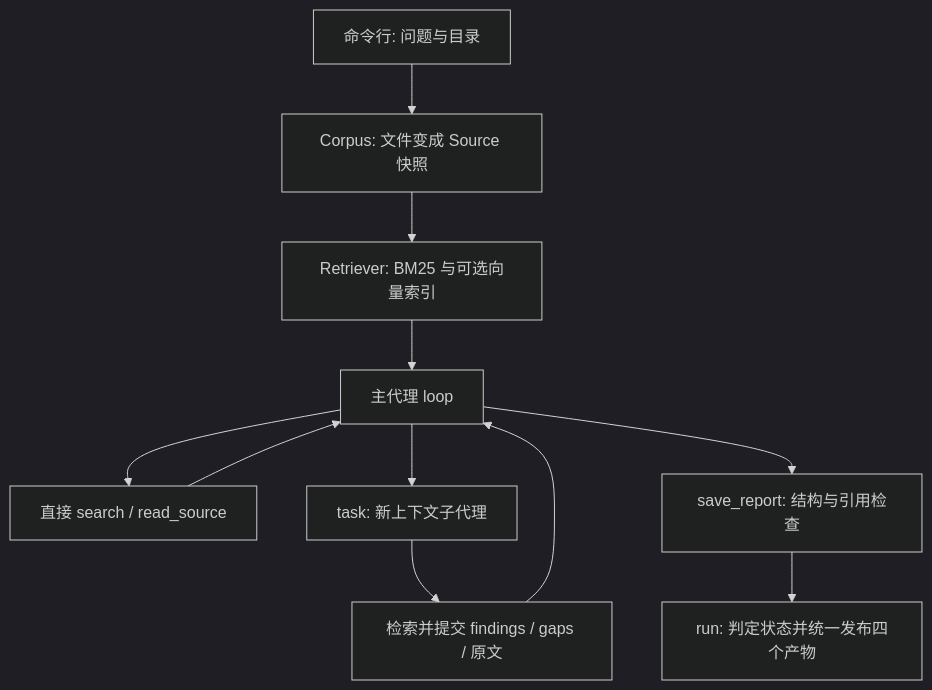
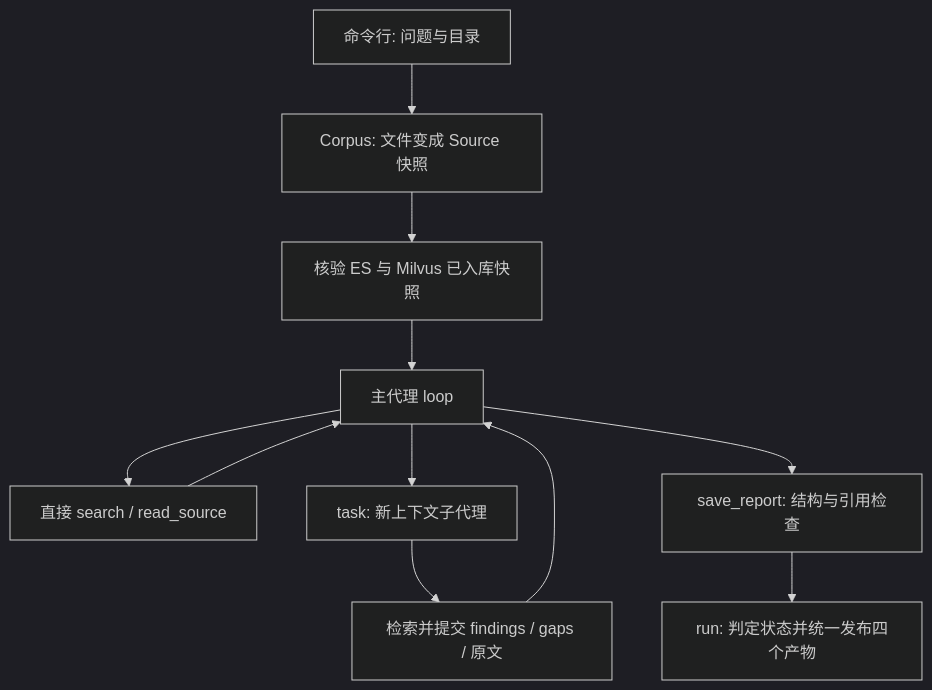
One commit to Drb-code-ing/docresearch-agent changed the diagram in docs/PROJECT_UNDERSTANDING.md. Above: the diagram before and after it, drawn with Mermaid (dark theme). The commit also changed other lines of this file and 4 other files, not shown here.

````diff
--- a/docs/PROJECT_UNDERSTANDING.md
+++ b/docs/PROJECT_UNDERSTANDING.md
@@ -391,13 +463,13 @@
 ```mermaid
 flowchart TD
     A[命令行: 问题与目录] --> B[Corpus: 文件变成 Source 快照]
-    B --> C[Retriever: BM25 与可选向量索引]
+    B --> C[核验 ES 与 Milvus 已入库快照]
     C --> D[主代理 loop]
     D --> E[直接 search / read_source]
     D --> F[task: 新上下文子代理]
     F --> G[检索并提交 findings / gaps / 原文]
     E --> D
     G --> D
     D --> H[save_report: 结构与引用检查]
     H --> I[run: 判定状态并统一发布四个产物]
 ```
````
